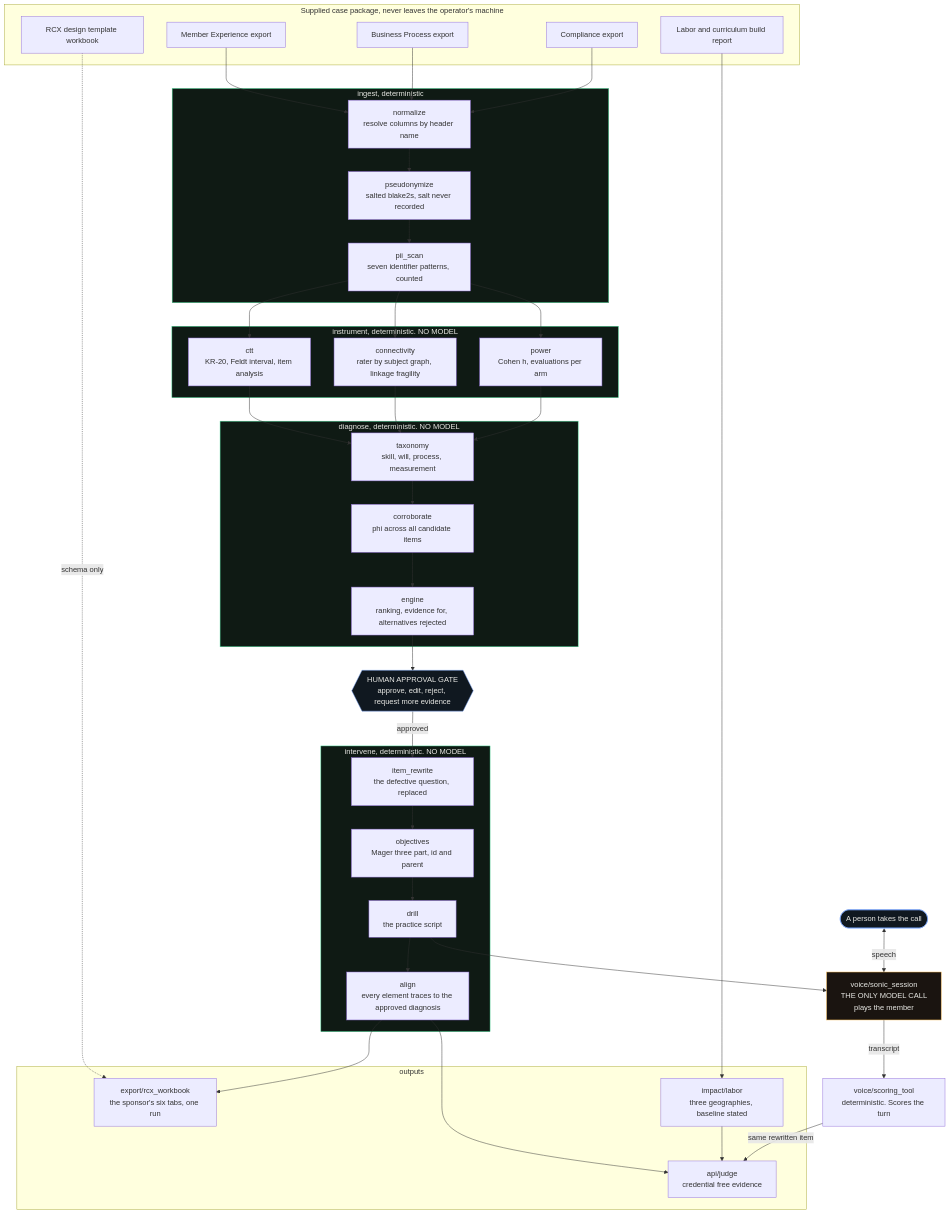
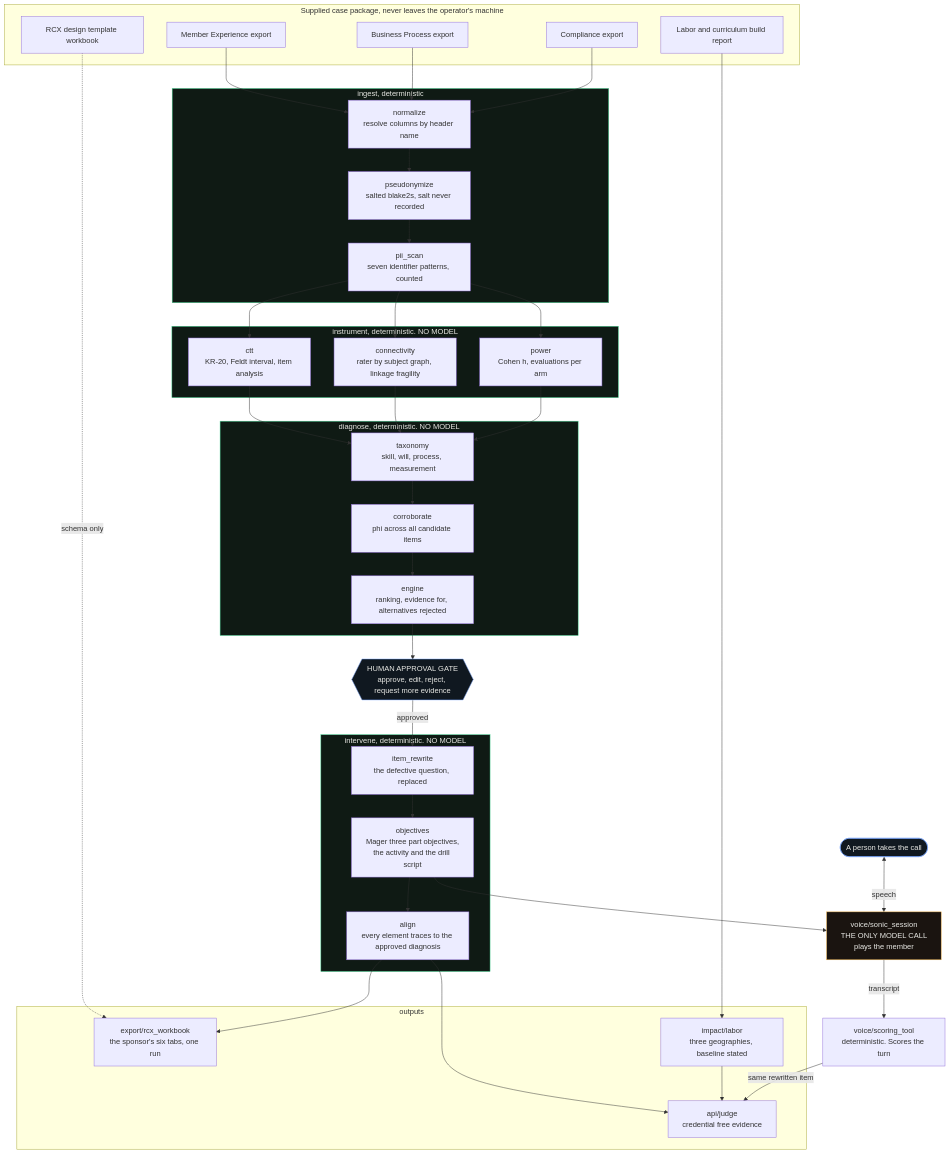
Before and after one commit to StephenSook/caliper: the first of 2 diagrams in docs/architecture.md, drawn with Mermaid. The commit also changed 16 other files, not shown here.

````diff
--- a/docs/architecture.md
+++ b/docs/architecture.md
@@ -12,68 +12,67 @@
 ```mermaid
 flowchart TB
     subgraph SRC["Supplied case package, never leaves the operator's machine"]
         X1["Member Experience export"]
         X2["Business Process export"]
         X3["Compliance export"]
         X4["Labor and curriculum build report"]
         X5["RCX design template workbook"]
     end
 
     subgraph ING["ingest, deterministic"]
         N["normalize<br/>resolve columns by header name"]
         P["pseudonymize<br/>salted blake2s, salt never recorded"]
         S["pii_scan<br/>seven identifier patterns, counted"]
     end
 
     subgraph INS["instrument, deterministic. NO MODEL"]
         C["ctt<br/>KR-20, Feldt interval, item analysis"]
         K["connectivity<br/>rater by subject graph, linkage fragility"]
         W["power<br/>Cohen h, evaluations per arm"]
     end
 
     subgraph DIA["diagnose, deterministic. NO MODEL"]
         T["taxonomy<br/>skill, will, process, measurement"]
         R["corroborate<br/>phi across all candidate items"]
         E["engine<br/>ranking, evidence for, alternatives rejected"]
     end
 
     GATE{{"HUMAN APPROVAL GATE<br/>approve, edit, reject, request more evidence"}}
 
     subgraph INT["intervene, deterministic. NO MODEL"]
         IR["item_rewrite<br/>the defective question, replaced"]
-        OB["objectives<br/>Mager three part, id and parent"]
-        DR["drill<br/>the practice script"]
+        OB["objectives<br/>Mager three part objectives,<br/>the activity and the drill script"]
         AL["align<br/>every element traces to the approved diagnosis"]
     end
 
     subgraph OUT["outputs"]
         WB["export/rcx_workbook<br/>the sponsor's six tabs, one run"]
         IM["impact/labor<br/>three geographies, baseline stated"]
         JD["api/judge<br/>credential free evidence"]
     end
 
     VOICE["voice/sonic_session<br/>THE ONLY MODEL CALL<br/>plays the member"]
     SCORE["voice/scoring_tool<br/>deterministic. Scores the turn"]
     HUMAN2(["A person takes the call"])
 
     X1 & X2 & X3 --> N --> P --> S
     X4 --> IM
     X5 -.->|"schema only"| WB
     S --> C & K & W
     C & K & W --> T --> R --> E
     E --> GATE
-    GATE -->|approved| IR --> OB --> DR --> AL
+    GATE -->|approved| IR --> OB --> AL
     AL --> WB & JD
     IM --> JD
-    DR --> VOICE
+    OB --> VOICE
     HUMAN2 <-->|"speech"| VOICE
     VOICE -->|transcript| SCORE
     SCORE -->|"same rewritten item"| JD
 
     classDef nomodel fill:#0f1a14,stroke:#4ade9a,color:#e8e8e4
     classDef model fill:#1a1410,stroke:#f5b74f,color:#e8e8e4
     classDef human fill:#101820,stroke:#7aa7ff,color:#e8e8e4
     class INS,DIA,INT,ING nomodel
     class VOICE model
     class GATE,HUMAN2 human
 ```
````
